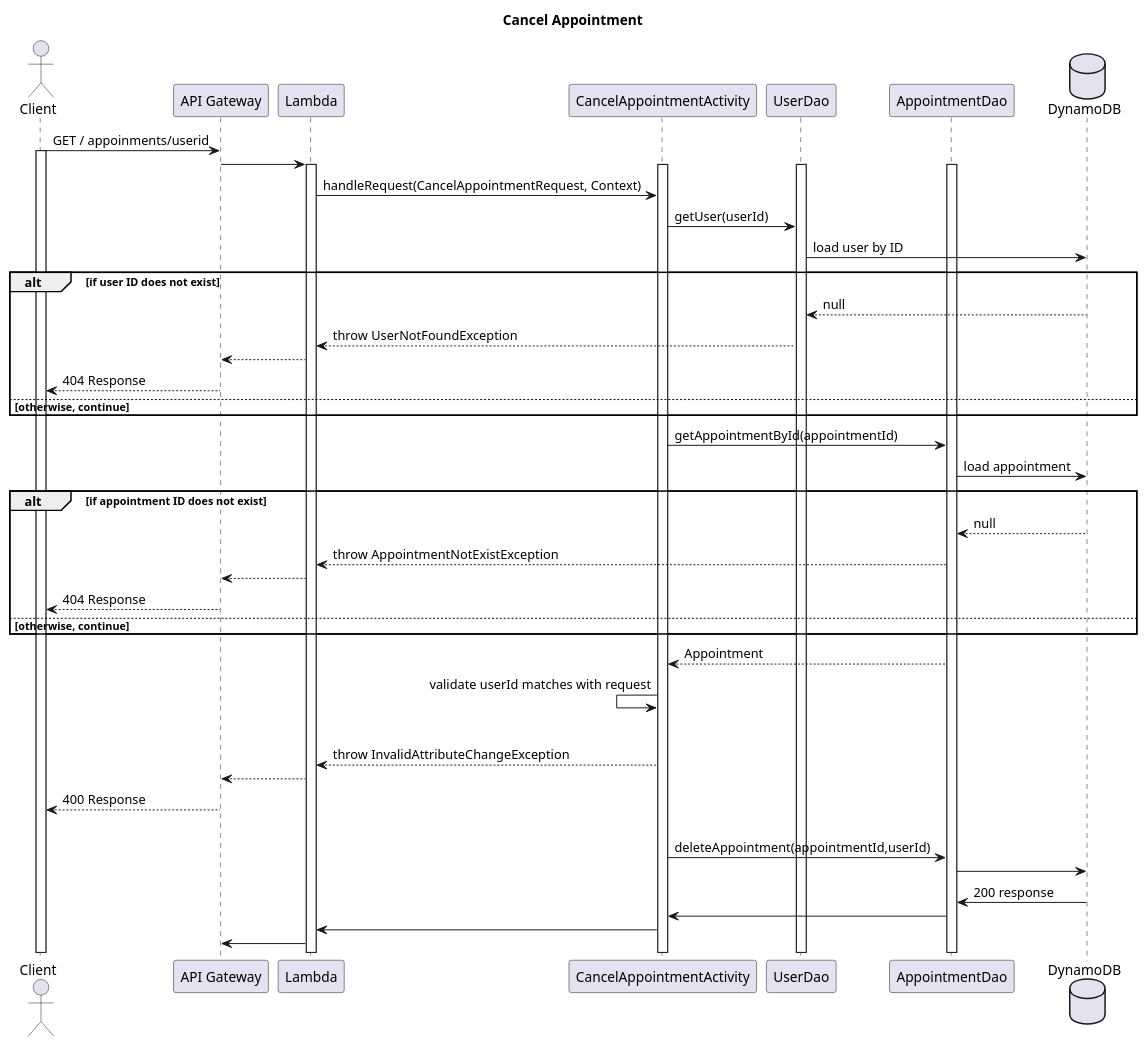
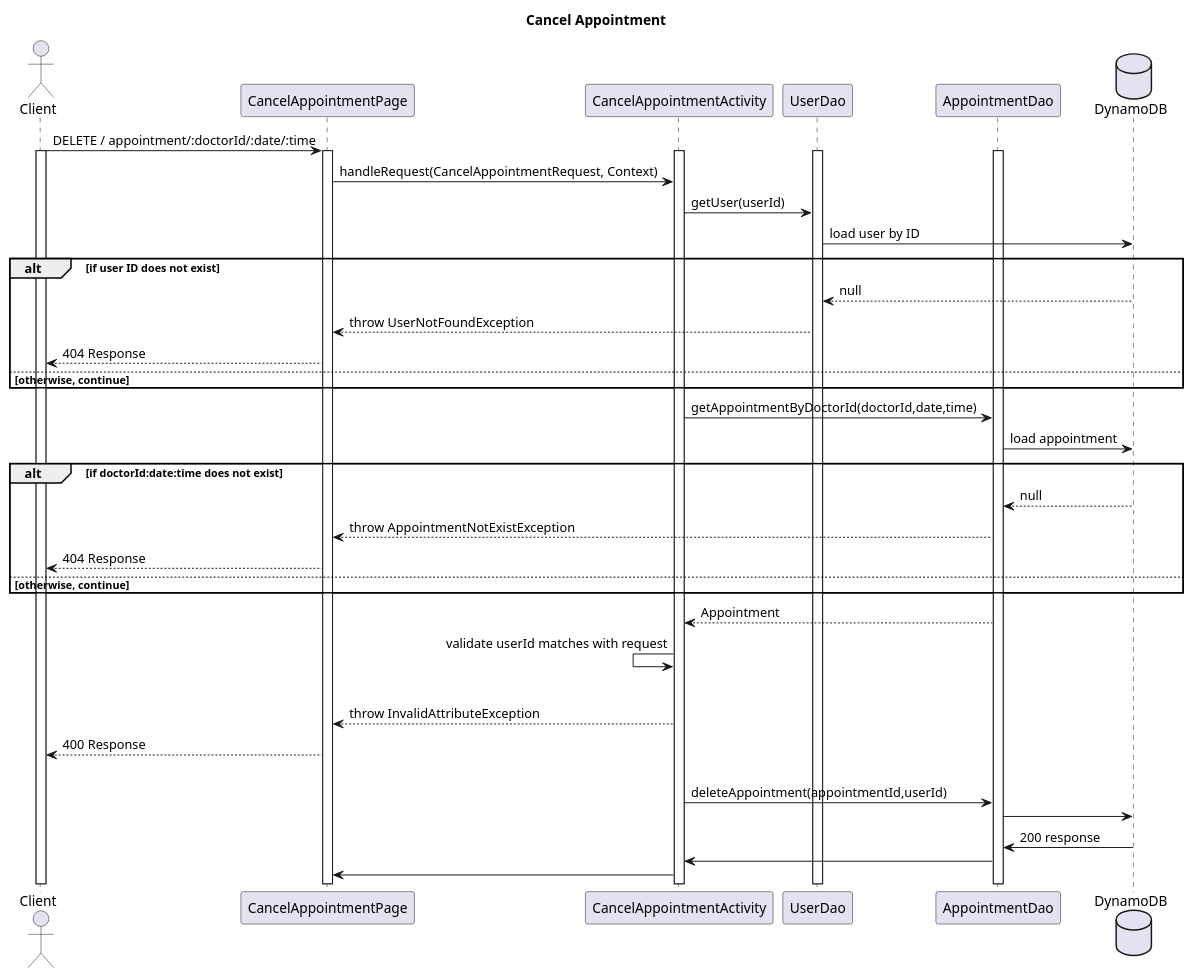
Before and after one commit to BloomTechBackend/bd-team-project-priyanka: the diagram in project_documents/cancelappointmentSD.puml, drawn with PlantUML. The commit also changed 11 other files, not shown here.

```diff
--- a/project_documents/cancelappointmentSD.puml
+++ b/project_documents/cancelappointmentSD.puml
@@ -1,56 +1,48 @@
 @startuml
 title Cancel Appointment
 
 actor Client
-participant "API Gateway" as APIGateway
-participant Lambda
+participant CancelAppointmentPage
 participant CancelAppointmentActivity
 participant UserDao
 participant AppointmentDao
 database DynamoDB
 
-Client -> APIGateway : GET / appoinments/userid
+Client -> CancelAppointmentPage : DELETE / appointment/:doctorId/:date/:time
 activate Client
-APIGateway -> Lambda
-activate Lambda
+activate CancelAppointmentPage
 activate CancelAppointmentActivity
 activate AppointmentDao
 activate UserDao
-Lambda -> CancelAppointmentActivity :  handleRequest(CancelAppointmentRequest, Context)
+CancelAppointmentPage -> CancelAppointmentActivity :  handleRequest(CancelAppointmentRequest, Context)
 CancelAppointmentActivity -> UserDao : getUser(userId)
 UserDao -> DynamoDB : load user by ID
 alt if user ID does not exist
     UserDao <-- DynamoDB : null
-    Lambda <-- UserDao : throw UserNotFoundException
-    APIGateway <-- Lambda
-    Client <-- APIGateway : 404 Response
+    CancelAppointmentPage <-- UserDao : throw UserNotFoundException
+    Client <-- CancelAppointmentPage : 404 Response
 else otherwise, continue
 end
-CancelAppointmentActivity -> AppointmentDao : getAppointmentById(appointmentId)
+CancelAppointmentActivity -> AppointmentDao : getAppointmentByDoctorId(doctorId,date,time)
 AppointmentDao -> DynamoDB : load appointment
-alt if appointment ID does not exist
+alt if doctorId:date:time does not exist
     AppointmentDao <-- DynamoDB : null
-    Lambda <-- AppointmentDao : throw AppointmentNotExistException
-    APIGateway <-- Lambda
-    Client <-- APIGateway : 404 Response
+    CancelAppointmentPage <-- AppointmentDao : throw AppointmentNotExistException
+    Client <-- CancelAppointmentPage : 404 Response
 else otherwise, continue
 
 end
 CancelAppointmentActivity <-- AppointmentDao : Appointment
 CancelAppointmentActivity <- CancelAppointmentActivity : validate userId matches with request
 alt if request userId and Appointment userId different
-    Lambda <-- CancelAppointmentActivity : throw InvalidAttributeChangeException
-    APIGateway <-- Lambda
-    Client <-- APIGateway : 400 Response
+    CancelAppointmentPage <-- CancelAppointmentActivity : throw InvalidAttributeException
+    Client <-- CancelAppointmentPage : 400 Response
 else otherwise,continue
 CancelAppointmentActivity -> AppointmentDao : deleteAppointment(appointmentId,userId)
 
 
 AppointmentDao -> DynamoDB
 AppointmentDao <- DynamoDB : 200 response
 CancelAppointmentActivity <- AppointmentDao
-Lambda <- CancelAppointmentActivity
-APIGateway <- Lambda
-
-
+CancelAppointmentPage <- CancelAppointmentActivity
 @enduml
```
